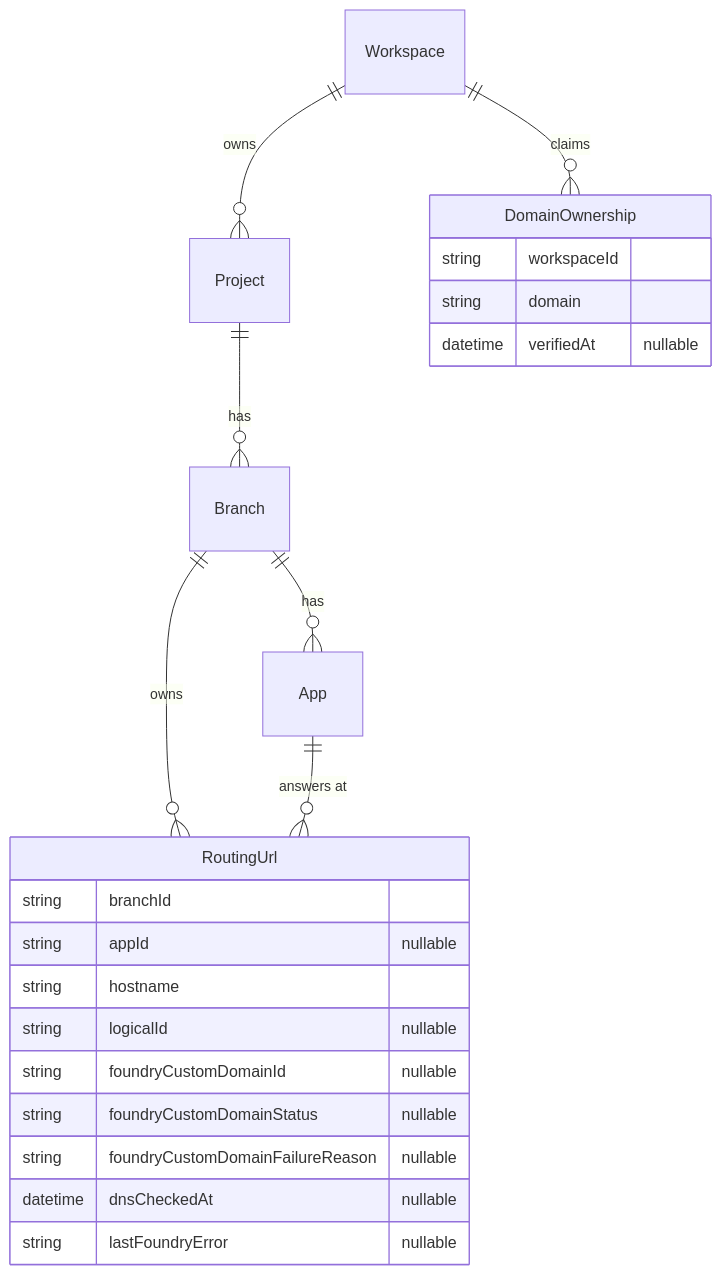
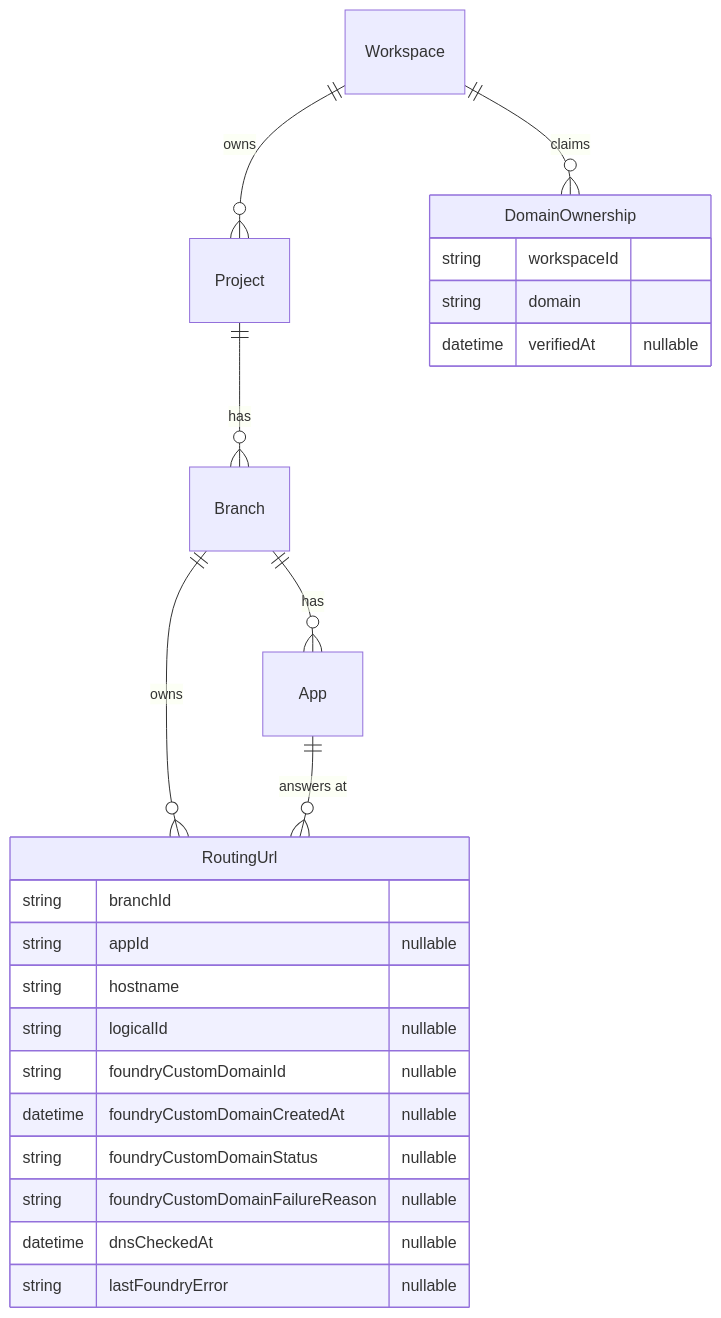
The diagram in docs/design/05-prisma-cloud/public-urls/platform-routing-urls.md (prisma/composer), drawn with Mermaid before and after one commit. The commit also changed other lines of this file and 2 other files, not shown here.

Commit message:
docs(design): the row records when its custom domain was created

````diff
--- a/docs/design/05-prisma-cloud/public-urls/platform-routing-urls.md
+++ b/docs/design/05-prisma-cloud/public-urls/platform-routing-urls.md
@@ -14,25 +14,26 @@
 ```mermaid
 erDiagram
   Workspace ||--o{ Project : owns
   Workspace ||--o{ DomainOwnership : claims
   Project ||--o{ Branch : has
   Branch ||--o{ App : has
   Branch ||--o{ RoutingUrl : owns
   App ||--o{ RoutingUrl : "answers at"
   RoutingUrl {
     string branchId
     string appId "nullable"
     string hostname
     string logicalId "nullable"
     string foundryCustomDomainId "nullable"
+    datetime foundryCustomDomainCreatedAt "nullable"
     string foundryCustomDomainStatus "nullable"
     string foundryCustomDomainFailureReason "nullable"
     datetime dnsCheckedAt "nullable"
     string lastFoundryError "nullable"
   }
   DomainOwnership {
     string workspaceId
     string domain
     datetime verifiedAt "nullable"
   }
 ```
````
